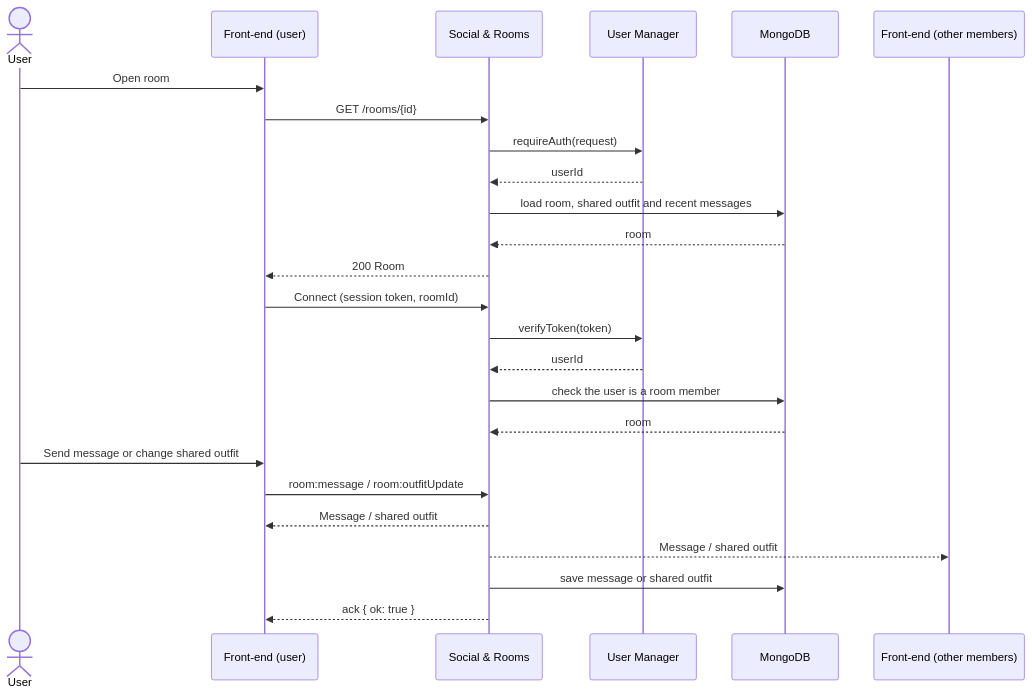
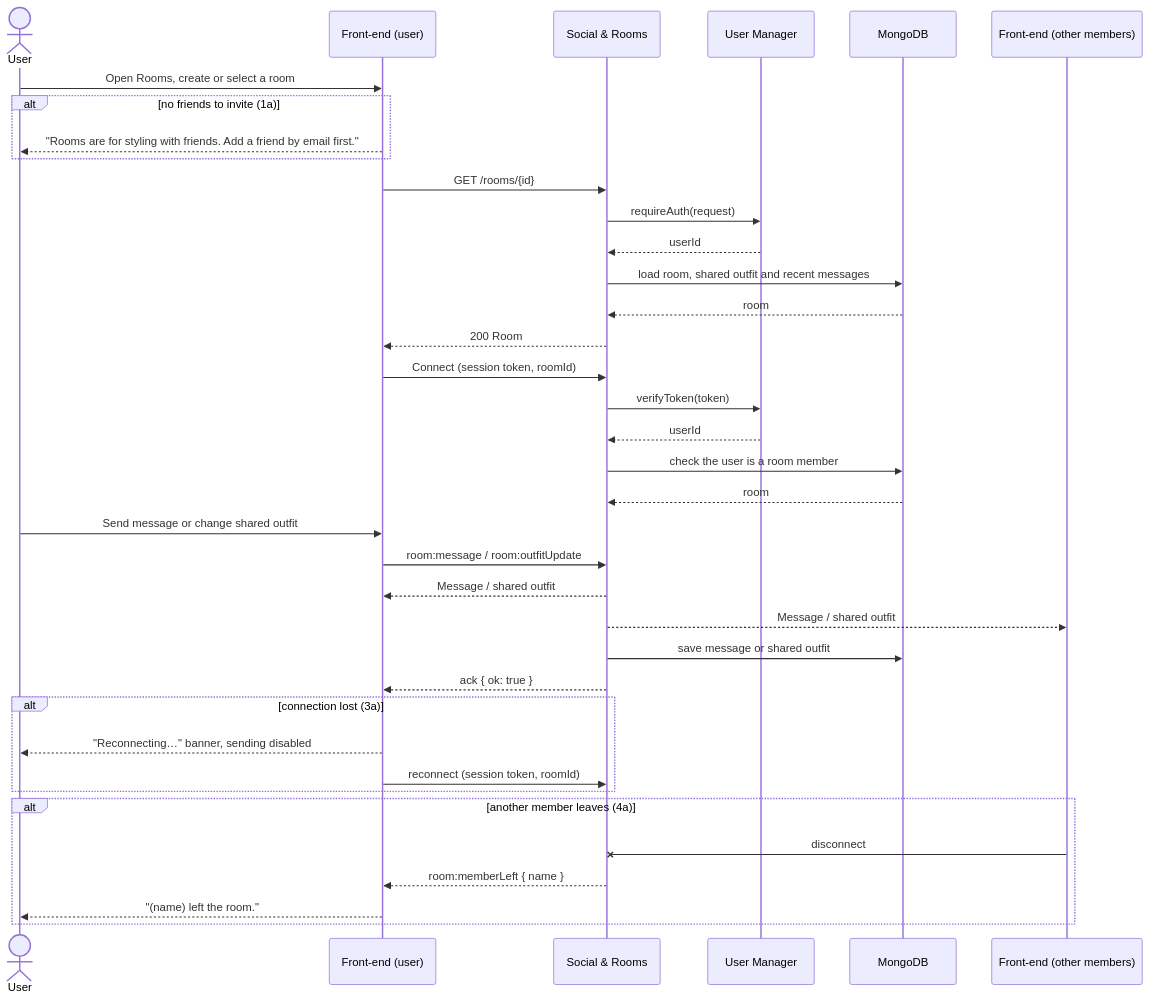
The third of 5 diagrams in documentation/Requirements_and_Design.md (evannawfal/fabricate), drawn with Mermaid before and after one commit. The commit also changed other lines of this file, not shown here.

````diff
--- a/documentation/Requirements_and_Design.md
+++ b/documentation/Requirements_and_Design.md
@@ -430,28 +477,40 @@
 ```mermaid
 sequenceDiagram
     actor U as User
     participant FE as Front-end (user)
     participant SO as Social & Rooms
     participant US as User Manager
     participant DB as MongoDB
     participant FE2 as Front-end (other members)
 
-    U->>FE: Open room
+    U->>FE: Open Rooms, create or select a room
+    alt no friends to invite (1a)
+        FE-->>U: "Rooms are for styling with friends. Add a friend by email first."
+    end
     FE->>SO: GET /rooms/{id}
     SO->>US: requireAuth(request)
     US-->>SO: userId
     SO->>DB: load room, shared outfit and recent messages
     DB-->>SO: room
     SO-->>FE: 200 Room
     FE->>SO: Connect (session token, roomId)
     SO->>US: verifyToken(token)
     US-->>SO: userId
     SO->>DB: check the user is a room member
     DB-->>SO: room
     U->>FE: Send message or change shared outfit
     FE->>SO: room:message / room:outfitUpdate
     SO-->>FE: Message / shared outfit
     SO-->>FE2: Message / shared outfit
     SO->>DB: save message or shared outfit
     SO-->>FE: ack { ok: true }
+    alt connection lost (3a)
+        FE-->>U: "Reconnecting…" banner, sending disabled
+        FE->>SO: reconnect (session token, roomId)
+    end
+    alt another member leaves (4a)
+        FE2-xSO: disconnect
+        SO-->>FE: room:memberLeft { name }
+        FE-->>U: "(name) left the room."
+    end
 ```
````
